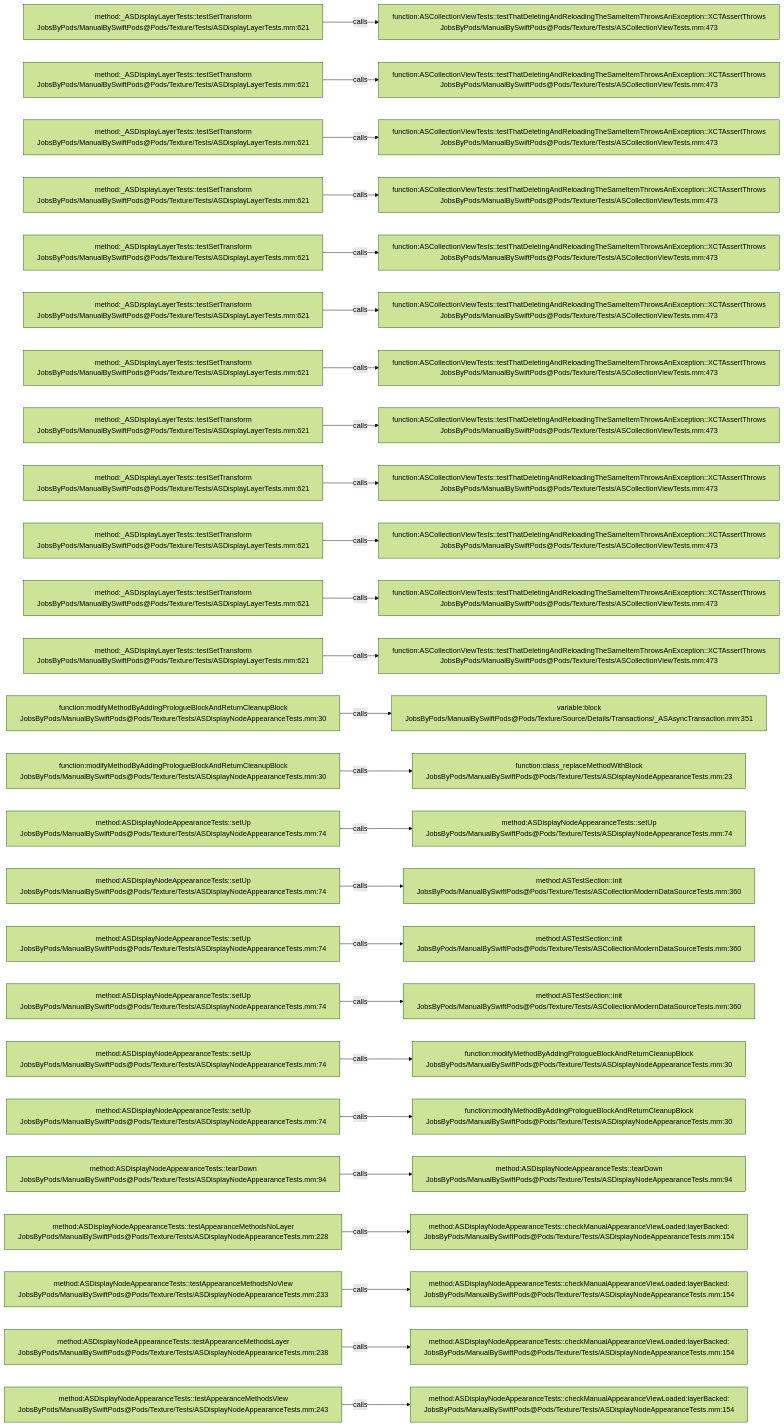
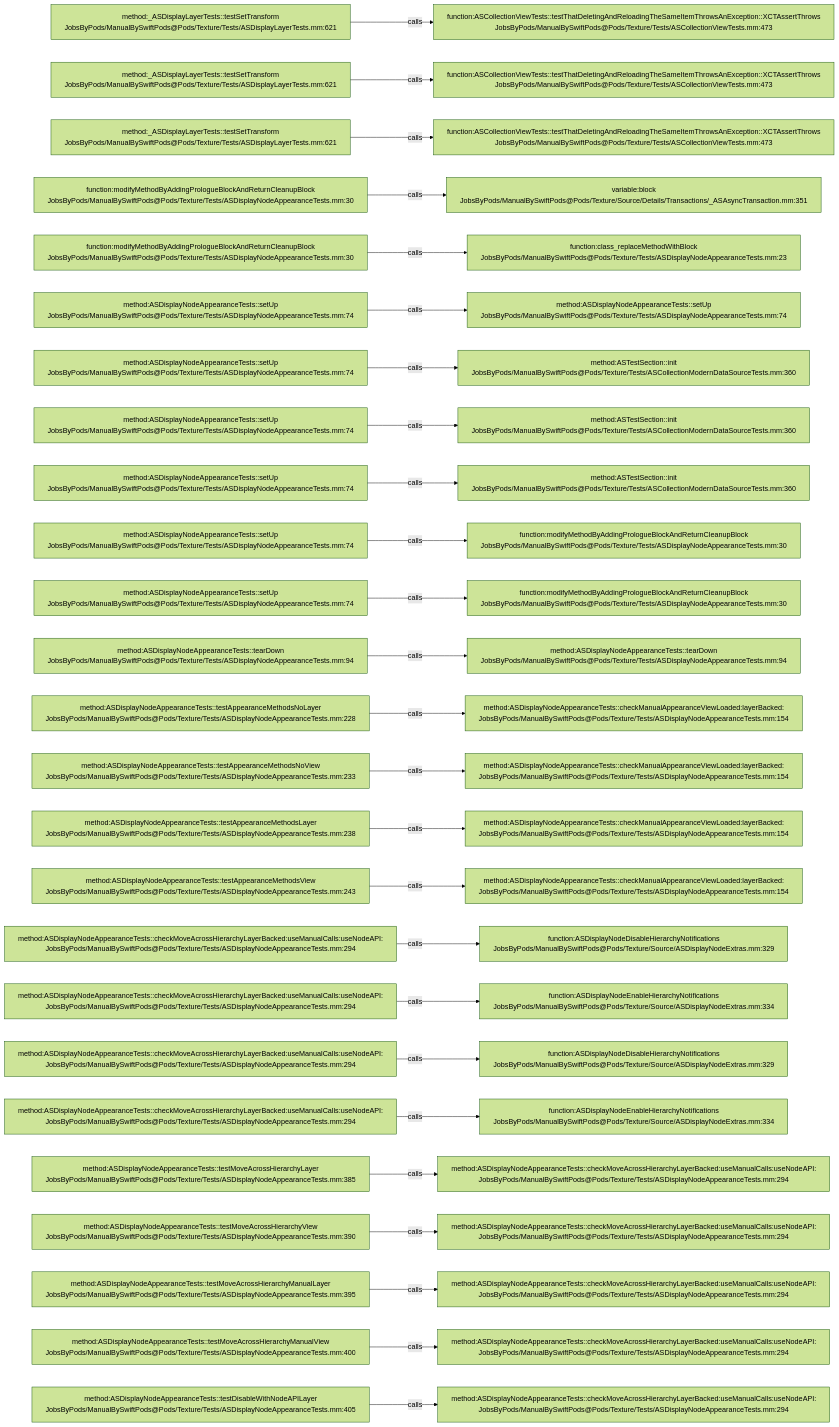
One commit to JobsKits/JobsSwiftBaseConfigDemo changed the diagram in .codegraph/codegraph.md/graphs/calls-182.md. Above: the diagram before and after it, drawn with Mermaid (forest theme). The commit also changed 707 other files, not shown here.

````diff
--- a/.codegraph/codegraph.md/graphs/calls-182.md
+++ b/.codegraph/codegraph.md/graphs/calls-182.md
@@ -13,78 +13,78 @@
 ```mermaid
 flowchart LR
   S1["method:_ASDisplayLayerTests::testSetTransform<br/>JobsByPods/ManualBySwiftPods@Pods/Texture/Tests/ASDisplayLayerTests.mm:621"]
   T1["function:ASCollectionViewTests::testThatDeletingAndReloadingTheSameItemThrowsAnException::XCTAssertThrows<br/>JobsByPods/ManualBySwiftPods@Pods/Texture/Tests/ASCollectionViewTests.mm:473"]
   S1 -->|calls| T1
   S2["method:_ASDisplayLayerTests::testSetTransform<br/>JobsByPods/ManualBySwiftPods@Pods/Texture/Tests/ASDisplayLayerTests.mm:621"]
   T2["function:ASCollectionViewTests::testThatDeletingAndReloadingTheSameItemThrowsAnException::XCTAssertThrows<br/>JobsByPods/ManualBySwiftPods@Pods/Texture/Tests/ASCollectionViewTests.mm:473"]
   S2 -->|calls| T2
   S3["method:_ASDisplayLayerTests::testSetTransform<br/>JobsByPods/ManualBySwiftPods@Pods/Texture/Tests/ASDisplayLayerTests.mm:621"]
   T3["function:ASCollectionViewTests::testThatDeletingAndReloadingTheSameItemThrowsAnException::XCTAssertThrows<br/>JobsByPods/ManualBySwiftPods@Pods/Texture/Tests/ASCollectionViewTests.mm:473"]
   S3 -->|calls| T3
-  S4["method:_ASDisplayLayerTests::testSetTransform<br/>JobsByPods/ManualBySwiftPods@Pods/Texture/Tests/ASDisplayLayerTests.mm:621"]
-  T4["function:ASCollectionViewTests::testThatDeletingAndReloadingTheSameItemThrowsAnException::XCTAssertThrows<br/>JobsByPods/ManualBySwiftPods@Pods/Texture/Tests/ASCollectionViewTests.mm:473"]
+  S4["function:modifyMethodByAddingPrologueBlockAndReturnCleanupBlock<br/>JobsByPods/ManualBySwiftPods@Pods/Texture/Tests/ASDisplayNodeAppearanceTests.mm:30"]
+  T4["variable:block<br/>JobsByPods/ManualBySwiftPods@Pods/Texture/Source/Details/Transactions/_ASAsyncTransaction.mm:351"]
   S4 -->|calls| T4
-  S5["method:_ASDisplayLayerTests::testSetTransform<br/>JobsByPods/ManualBySwiftPods@Pods/Texture/Tests/ASDisplayLayerTests.mm:621"]
-  T5["function:ASCollectionViewTests::testThatDeletingAndReloadingTheSameItemThrowsAnException::XCTAssertThrows<br/>JobsByPods/ManualBySwiftPods@Pods/Texture/Tests/ASCollectionViewTests.mm:473"]
+  S5["function:modifyMethodByAddingPrologueBlockAndReturnCleanupBlock<br/>JobsByPods/ManualBySwiftPods@Pods/Texture/Tests/ASDisplayNodeAppearanceTests.mm:30"]
+  T5["function:class_replaceMethodWithBlock<br/>JobsByPods/ManualBySwiftPods@Pods/Texture/Tests/ASDisplayNodeAppearanceTests.mm:23"]
   S5 -->|calls| T5
-  S6["method:_ASDisplayLayerTests::testSetTransform<br/>JobsByPods/ManualBySwiftPods@Pods/Texture/Tests/ASDisplayLayerTests.mm:621"]
-  T6["function:ASCollectionViewTests::testThatDeletingAndReloadingTheSameItemThrowsAnException::XCTAssertThrows<br/>JobsByPods/ManualBySwiftPods@Pods/Texture/Tests/ASCollectionViewTests.mm:473"]
+  S6["method:ASDisplayNodeAppearanceTests::setUp<br/>JobsByPods/ManualBySwiftPods@Pods/Texture/Tests/ASDisplayNodeAppearanceTests.mm:74"]
+  T6["method:ASDisplayNodeAppearanceTests::setUp<br/>JobsByPods/ManualBySwiftPods@Pods/Texture/Tests/ASDisplayNodeAppearanceTests.mm:74"]
   S6 -->|calls| T6
-  S7["method:_ASDisplayLayerTests::testSetTransform<br/>JobsByPods/ManualBySwiftPods@Pods/Texture/Tests/ASDisplayLayerTests.mm:621"]
-  T7["function:ASCollectionViewTests::testThatDeletingAndReloadingTheSameItemThrowsAnException::XCTAssertThrows<br/>JobsByPods/ManualBySwiftPods@Pods/Texture/Tests/ASCollectionViewTests.mm:473"]
+  S7["method:ASDisplayNodeAppearanceTests::setUp<br/>JobsByPods/ManualBySwiftPods@Pods/Texture/Tests/ASDisplayNodeAppearanceTests.mm:74"]
+  T7["method:ASTestSection::init<br/>JobsByPods/ManualBySwiftPods@Pods/Texture/Tests/ASCollectionModernDataSourceTests.mm:360"]
   S7 -->|calls| T7
-  S8["method:_ASDisplayLayerTests::testSetTransform<br/>JobsByPods/ManualBySwiftPods@Pods/Texture/Tests/ASDisplayLayerTests.mm:621"]
-  T8["function:ASCollectionViewTests::testThatDeletingAndReloadingTheSameItemThrowsAnException::XCTAssertThrows<br/>JobsByPods/ManualBySwiftPods@Pods/Texture/Tests/ASCollectionViewTests.mm:473"]
+  S8["method:ASDisplayNodeAppearanceTests::setUp<br/>JobsByPods/ManualBySwiftPods@Pods/Texture/Tests/ASDisplayNodeAppearanceTests.mm:74"]
+  T8["method:ASTestSection::init<br/>JobsByPods/ManualBySwiftPods@Pods/Texture/Tests/ASCollectionModernDataSourceTests.mm:360"]
   S8 -->|calls| T8
-  S9["method:_ASDisplayLayerTests::testSetTransform<br/>JobsByPods/ManualBySwiftPods@Pods/Texture/Tests/ASDisplayLayerTests.mm:621"]
-  T9["function:ASCollectionViewTests::testThatDeletingAndReloadingTheSameItemThrowsAnException::XCTAssertThrows<br/>JobsByPods/ManualBySwiftPods@Pods/Texture/Tests/ASCollectionViewTests.mm:473"]
+  S9["method:ASDisplayNodeAppearanceTests::setUp<br/>JobsByPods/ManualBySwiftPods@Pods/Texture/Tests/ASDisplayNodeAppearanceTests.mm:74"]
+  T9["method:ASTestSection::init<br/>JobsByPods/ManualBySwiftPods@Pods/Texture/Tests/ASCollectionModernDataSourceTests.mm:360"]
   S9 -->|calls| T9
-  S10["method:_ASDisplayLayerTests::testSetTransform<br/>JobsByPods/ManualBySwiftPods@Pods/Texture/Tests/ASDisplayLayerTests.mm:621"]
-  T10["function:ASCollectionViewTests::testThatDeletingAndReloadingTheSameItemThrowsAnException::XCTAssertThrows<br/>JobsByPods/ManualBySwiftPods@Pods/Texture/Tests/ASCollectionViewTests.mm:473"]
+  S10["method:ASDisplayNodeAppearanceTests::setUp<br/>JobsByPods/ManualBySwiftPods@Pods/Texture/Tests/ASDisplayNodeAppearanceTests.mm:74"]
+  T10["function:modifyMethodByAddingPrologueBlockAndReturnCleanupBlock<br/>JobsByPods/ManualBySwiftPods@Pods/Texture/Tests/ASDisplayNodeAppearanceTests.mm:30"]
   S10 -->|calls| T10
-  S11["method:_ASDisplayLayerTests::testSetTransform<br/>JobsByPods/ManualBySwiftPods@Pods/Texture/Tests/ASDisplayLayerTests.mm:621"]
-  T11["function:ASCollectionViewTests::testThatDeletingAndReloadingTheSameItemThrowsAnException::XCTAssertThrows<br/>JobsByPods/ManualBySwiftPods@Pods/Texture/Tests/ASCollectionViewTests.mm:473"]
+  S11["method:ASDisplayNodeAppearanceTests::setUp<br/>JobsByPods/ManualBySwiftPods@Pods/Texture/Tests/ASDisplayNodeAppearanceTests.mm:74"]
+  T11["function:modifyMethodByAddingPrologueBlockAndReturnCleanupBlock<br/>JobsByPods/ManualBySwiftPods@Pods/Texture/Tests/ASDisplayNodeAppearanceTests.mm:30"]
   S11 -->|calls| T11
-  S12["method:_ASDisplayLayerTests::testSetTransform<br/>JobsByPods/ManualBySwiftPods@Pods/Texture/Tests/ASDisplayLayerTests.mm:621"]
-  T12["function:ASCollectionViewTests::testThatDeletingAndReloadingTheSameItemThrowsAnException::XCTAssertThrows<br/>JobsByPods/ManualBySwiftPods@Pods/Texture/Tests/ASCollectionViewTests.mm:473"]
+  S12["method:ASDisplayNodeAppearanceTests::tearDown<br/>JobsByPods/ManualBySwiftPods@Pods/Texture/Tests/ASDisplayNodeAppearanceTests.mm:94"]
+  T12["method:ASDisplayNodeAppearanceTests::tearDown<br/>JobsByPods/ManualBySwiftPods@Pods/Texture/Tests/ASDisplayNodeAppearanceTests.mm:94"]
   S12 -->|calls| T12
-  S13["function:modifyMethodByAddingPrologueBlockAndReturnCleanupBlock<br/>JobsByPods/ManualBySwiftPods@Pods/Texture/Tests/ASDisplayNodeAppearanceTests.mm:30"]
-  T13["variable:block<br/>JobsByPods/ManualBySwiftPods@Pods/Texture/Source/Details/Transactions/_ASAsyncTransaction.mm:351"]
+  S13["method:ASDisplayNodeAppearanceTests::testAppearanceMethodsNoLayer<br/>JobsByPods/ManualBySwiftPods@Pods/Texture/Tests/ASDisplayNodeAppearanceTests.mm:228"]
+  T13["method:ASDisplayNodeAppearanceTests::checkManualAppearanceViewLoaded:layerBacked:<br/>JobsByPods/ManualBySwiftPods@Pods/Texture/Tests/ASDisplayNodeAppearanceTests.mm:154"]
   S13 -->|calls| T13
-  S14["function:modifyMethodByAddingPrologueBlockAndReturnCleanupBlock<br/>JobsByPods/ManualBySwiftPods@Pods/Texture/Tests/ASDisplayNodeAppearanceTests.mm:30"]
-  T14["function:class_replaceMethodWithBlock<br/>JobsByPods/ManualBySwiftPods@Pods/Texture/Tests/ASDisplayNodeAppearanceTests.mm:23"]
+  S14["method:ASDisplayNodeAppearanceTests::testAppearanceMethodsNoView<br/>JobsByPods/ManualBySwiftPods@Pods/Texture/Tests/ASDisplayNodeAppearanceTests.mm:233"]
+  T14["method:ASDisplayNodeAppearanceTests::checkManualAppearanceViewLoaded:layerBacked:<br/>JobsByPods/ManualBySwiftPods@Pods/Texture/Tests/ASDisplayNodeAppearanceTests.mm:154"]
   S14 -->|calls| T14
-  S15["method:ASDisplayNodeAppearanceTests::setUp<br/>JobsByPods/ManualBySwiftPods@Pods/Texture/Tests/ASDisplayNodeAppearanceTests.mm:74"]
-  T15["method:ASDisplayNodeAppearanceTests::setUp<br/>JobsByPods/ManualBySwiftPods@Pods/Texture/Tests/ASDisplayNodeAppearanceTests.mm:74"]
+  S15["method:ASDisplayNodeAppearanceTests::testAppearanceMethodsLayer<br/>JobsByPods/ManualBySwiftPods@Pods/Texture/Tests/ASDisplayNodeAppearanceTests.mm:238"]
+  T15["method:ASDisplayNodeAppearanceTests::checkManualAppearanceViewLoaded:layerBacked:<br/>JobsByPods/ManualBySwiftPods@Pods/Texture/Tests/ASDisplayNodeAppearanceTests.mm:154"]
   S15 -->|calls| T15
-  S16["method:ASDisplayNodeAppearanceTests::setUp<br/>JobsByPods/ManualBySwiftPods@Pods/Texture/Tests/ASDisplayNodeAppearanceTests.mm:74"]
-  T16["method:ASTestSection::init<br/>JobsByPods/ManualBySwiftPods@Pods/Texture/Tests/ASCollectionModernDataSourceTests.mm:360"]
+  S16["method:ASDisplayNodeAppearanceTests::testAppearanceMethodsView<br/>JobsByPods/ManualBySwiftPods@Pods/Texture/Tests/ASDisplayNodeAppearanceTests.mm:243"]
+  T16["method:ASDisplayNodeAppearanceTests::checkManualAppearanceViewLoaded:layerBacked:<br/>JobsByPods/ManualBySwiftPods@Pods/Texture/Tests/ASDisplayNodeAppearanceTests.mm:154"]
   S16 -->|calls| T16
-  S17["method:ASDisplayNodeAppearanceTests::setUp<br/>JobsByPods/ManualBySwiftPods@Pods/Texture/Tests/ASDisplayNodeAppearanceTests.mm:74"]
-  T17["method:ASTestSection::init<br/>JobsByPods/ManualBySwiftPods@Pods/Texture/Tests/ASCollectionModernDataSourceTests.mm:360"]
+  S17["method:ASDisplayNodeAppearanceTests::checkMoveAcrossHierarchyLayerBacked:useManualCalls:useNodeAPI:<br/>JobsByPods/ManualBySwiftPods@Pods/Texture/Tests/ASDisplayNodeAppearanceTests.mm:294"]
+  T17["function:ASDisplayNodeDisableHierarchyNotifications<br/>JobsByPods/ManualBySwiftPods@Pods/Texture/Source/ASDisplayNodeExtras.mm:329"]
   S17 -->|calls| T17
-  S18["method:ASDisplayNodeAppearanceTests::setUp<br/>JobsByPods/ManualBySwiftPods@Pods/Texture/Tests/ASDisplayNodeAppearanceTests.mm:74"]
-  T18["method:ASTestSection::init<br/>JobsByPods/ManualBySwiftPods@Pods/Texture/Tests/ASCollectionModernDataSourceTests.mm:360"]
+  S18["method:ASDisplayNodeAppearanceTests::checkMoveAcrossHierarchyLayerBacked:useManualCalls:useNodeAPI:<br/>JobsByPods/ManualBySwiftPods@Pods/Texture/Tests/ASDisplayNodeAppearanceTests.mm:294"]
+  T18["function:ASDisplayNodeEnableHierarchyNotifications<br/>JobsByPods/ManualBySwiftPods@Pods/Texture/Source/ASDisplayNodeExtras.mm:334"]
   S18 -->|calls| T18
-  S19["method:ASDisplayNodeAppearanceTests::setUp<br/>JobsByPods/ManualBySwiftPods@Pods/Texture/Tests/ASDisplayNodeAppearanceTests.mm:74"]
-  T19["function:modifyMethodByAddingPrologueBlockAndReturnCleanupBlock<br/>JobsByPods/ManualBySwiftPods@Pods/Texture/Tests/ASDisplayNodeAppearanceTests.mm:30"]
+  S19["method:ASDisplayNodeAppearanceTests::checkMoveAcrossHierarchyLayerBacked:useManualCalls:useNodeAPI:<br/>JobsByPods/ManualBySwiftPods@Pods/Texture/Tests/ASDisplayNodeAppearanceTests.mm:294"]
+  T19["function:ASDisplayNodeDisableHierarchyNotifications<br/>JobsByPods/ManualBySwiftPods@Pods/Texture/Source/ASDisplayNodeExtras.mm:329"]
   S19 -->|calls| T19
-  S20["method:ASDisplayNodeAppearanceTests::setUp<br/>JobsByPods/ManualBySwiftPods@Pods/Texture/Tests/ASDisplayNodeAppearanceTests.mm:74"]
-  T20["function:modifyMethodByAddingPrologueBlockAndReturnCleanupBlock<br/>JobsByPods/ManualBySwiftPods@Pods/Texture/Tests/ASDisplayNodeAppearanceTests.mm:30"]
+  S20["method:ASDisplayNodeAppearanceTests::checkMoveAcrossHierarchyLayerBacked:useManualCalls:useNodeAPI:<br/>JobsByPods/ManualBySwiftPods@Pods/Texture/Tests/ASDisplayNodeAppearanceTests.mm:294"]
+  T20["function:ASDisplayNodeEnableHierarchyNotifications<br/>JobsByPods/ManualBySwiftPods@Pods/Texture/Source/ASDisplayNodeExtras.mm:334"]
   S20 -->|calls| T20
-  S21["method:ASDisplayNodeAppearanceTests::tearDown<br/>JobsByPods/ManualBySwiftPods@Pods/Texture/Tests/ASDisplayNodeAppearanceTests.mm:94"]
-  T21["method:ASDisplayNodeAppearanceTests::tearDown<br/>JobsByPods/ManualBySwiftPods@Pods/Texture/Tests/ASDisplayNodeAppearanceTests.mm:94"]
+  S21["method:ASDisplayNodeAppearanceTests::testMoveAcrossHierarchyLayer<br/>JobsByPods/ManualBySwiftPods@Pods/Texture/Tests/ASDisplayNodeAppearanceTests.mm:385"]
+  T21["method:ASDisplayNodeAppearanceTests::checkMoveAcrossHierarchyLayerBacked:useManualCalls:useNodeAPI:<br/>JobsByPods/ManualBySwiftPods@Pods/Texture/Tests/ASDisplayNodeAppearanceTests.mm:294"]
   S21 -->|calls| T21
-  S22["method:ASDisplayNodeAppearanceTests::testAppearanceMethodsNoLayer<br/>JobsByPods/ManualBySwiftPods@Pods/Texture/Tests/ASDisplayNodeAppearanceTests.mm:228"]
-  T22["method:ASDisplayNodeAppearanceTests::checkManualAppearanceViewLoaded:layerBacked:<br/>JobsByPods/ManualBySwiftPods@Pods/Texture/Tests/ASDisplayNodeAppearanceTests.mm:154"]
+  S22["method:ASDisplayNodeAppearanceTests::testMoveAcrossHierarchyView<br/>JobsByPods/ManualBySwiftPods@Pods/Texture/Tests/ASDisplayNodeAppearanceTests.mm:390"]
+  T22["method:ASDisplayNodeAppearanceTests::checkMoveAcrossHierarchyLayerBacked:useManualCalls:useNodeAPI:<br/>JobsByPods/ManualBySwiftPods@Pods/Texture/Tests/ASDisplayNodeAppearanceTests.mm:294"]
   S22 -->|calls| T22
-  S23["method:ASDisplayNodeAppearanceTests::testAppearanceMethodsNoView<br/>JobsByPods/ManualBySwiftPods@Pods/Texture/Tests/ASDisplayNodeAppearanceTests.mm:233"]
-  T23["method:ASDisplayNodeAppearanceTests::checkManualAppearanceViewLoaded:layerBacked:<br/>JobsByPods/ManualBySwiftPods@Pods/Texture/Tests/ASDisplayNodeAppearanceTests.mm:154"]
+  S23["method:ASDisplayNodeAppearanceTests::testMoveAcrossHierarchyManualLayer<br/>JobsByPods/ManualBySwiftPods@Pods/Texture/Tests/ASDisplayNodeAppearanceTests.mm:395"]
+  T23["method:ASDisplayNodeAppearanceTests::checkMoveAcrossHierarchyLayerBacked:useManualCalls:useNodeAPI:<br/>JobsByPods/ManualBySwiftPods@Pods/Texture/Tests/ASDisplayNodeAppearanceTests.mm:294"]
   S23 -->|calls| T23
-  S24["method:ASDisplayNodeAppearanceTests::testAppearanceMethodsLayer<br/>JobsByPods/ManualBySwiftPods@Pods/Texture/Tests/ASDisplayNodeAppearanceTests.mm:238"]
-  T24["method:ASDisplayNodeAppearanceTests::checkManualAppearanceViewLoaded:layerBacked:<br/>JobsByPods/ManualBySwiftPods@Pods/Texture/Tests/ASDisplayNodeAppearanceTests.mm:154"]
+  S24["method:ASDisplayNodeAppearanceTests::testMoveAcrossHierarchyManualView<br/>JobsByPods/ManualBySwiftPods@Pods/Texture/Tests/ASDisplayNodeAppearanceTests.mm:400"]
+  T24["method:ASDisplayNodeAppearanceTests::checkMoveAcrossHierarchyLayerBacked:useManualCalls:useNodeAPI:<br/>JobsByPods/ManualBySwiftPods@Pods/Texture/Tests/ASDisplayNodeAppearanceTests.mm:294"]
   S24 -->|calls| T24
-  S25["method:ASDisplayNodeAppearanceTests::testAppearanceMethodsView<br/>JobsByPods/ManualBySwiftPods@Pods/Texture/Tests/ASDisplayNodeAppearanceTests.mm:243"]
-  T25["method:ASDisplayNodeAppearanceTests::checkManualAppearanceViewLoaded:layerBacked:<br/>JobsByPods/ManualBySwiftPods@Pods/Texture/Tests/ASDisplayNodeAppearanceTests.mm:154"]
+  S25["method:ASDisplayNodeAppearanceTests::testDisableWithNodeAPILayer<br/>JobsByPods/ManualBySwiftPods@Pods/Texture/Tests/ASDisplayNodeAppearanceTests.mm:405"]
+  T25["method:ASDisplayNodeAppearanceTests::checkMoveAcrossHierarchyLayerBacked:useManualCalls:useNodeAPI:<br/>JobsByPods/ManualBySwiftPods@Pods/Texture/Tests/ASDisplayNodeAppearanceTests.mm:294"]
   S25 -->|calls| T25
 ```
````
